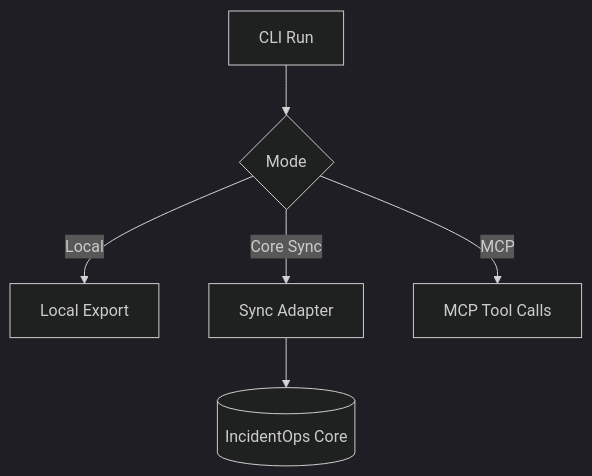
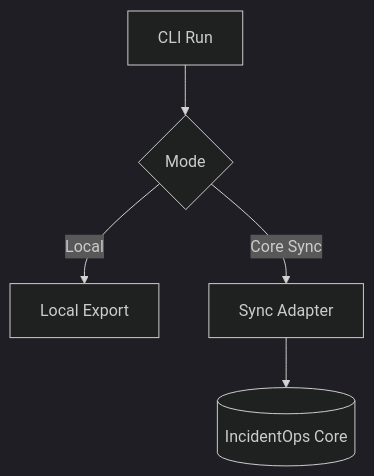
One commit to Auro-rium/Ops-Incident-Collector changed the second of 2 diagrams in README.md. Above: the diagram before and after it, drawn with Mermaid (dark theme). The commit also changed other lines of this file and 37 other files, not shown here.

````diff
--- a/README.md
+++ b/README.md
@@ -104,8 +101,7 @@
 ```mermaid
 flowchart TB
     A[CLI Run] --> B{Mode}
     B -->|Local| C[Local Export]
     B -->|Core Sync| D[Sync Adapter]
-    B -->|MCP| E[MCP Tool Calls]
     D --> F[(IncidentOps Core)]
 ```
````
